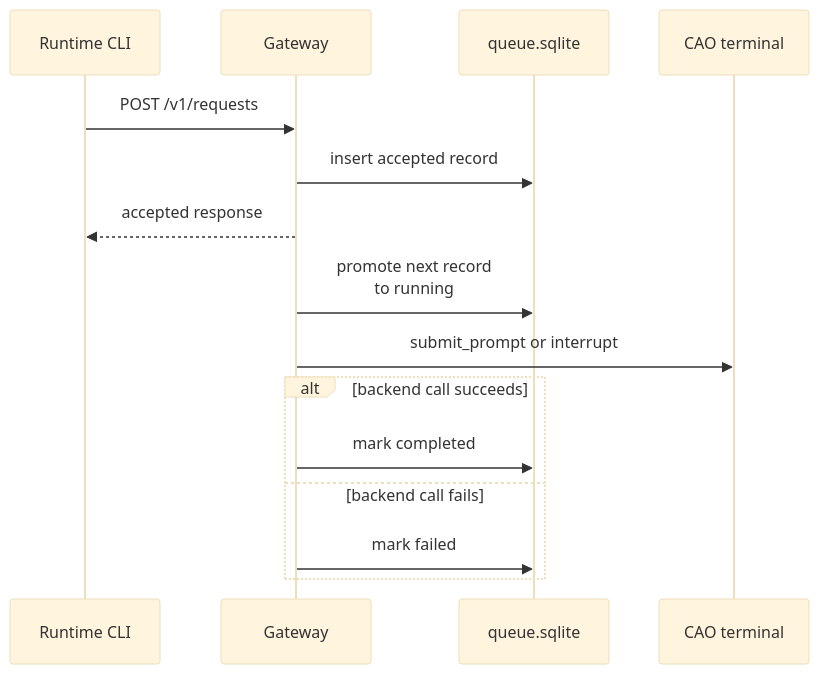
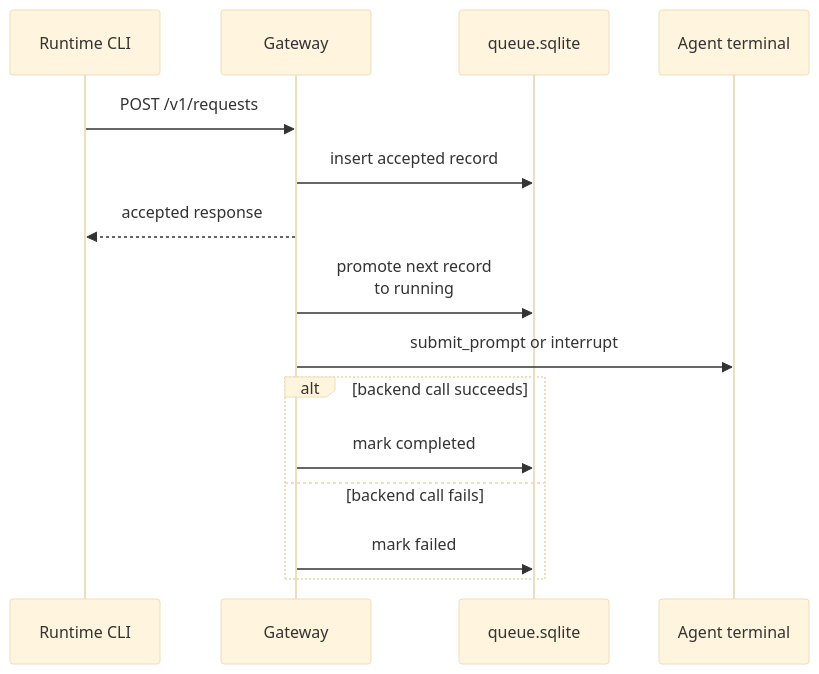
One commit to igamenovoer/houmao changed the first of 2 diagrams in docs/reference/gateway/internals/queue-and-recovery.md. Above: the diagram before and after it, drawn with Mermaid (base theme). The commit also changed other lines of this file and 74 other files, not shown here.

````diff
--- a/docs/reference/gateway/internals/queue-and-recovery.md
+++ b/docs/reference/gateway/internals/queue-and-recovery.md
@@ -48,17 +48,17 @@
 ```mermaid
 sequenceDiagram
     participant CLI as Runtime CLI
     participant GW as Gateway
     participant Q as queue.sqlite
-    participant Be as CAO terminal
+    participant Be as Agent terminal
     CLI->>GW: POST /v1/requests
     GW->>Q: insert accepted record
     GW-->>CLI: accepted response
     GW->>Q: promote next record<br/>to running
     GW->>Be: submit_prompt or interrupt
     alt backend call succeeds
         GW->>Q: mark completed
     else backend call fails
         GW->>Q: mark failed
     end
 ```
````
